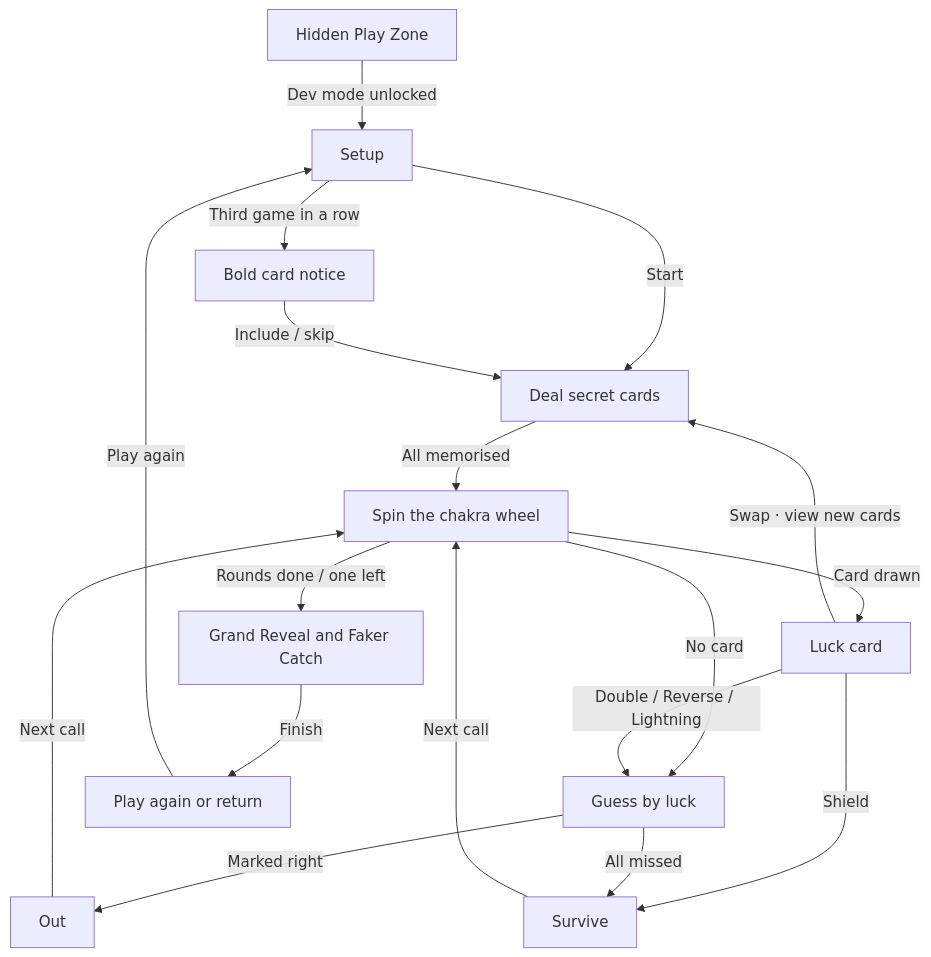
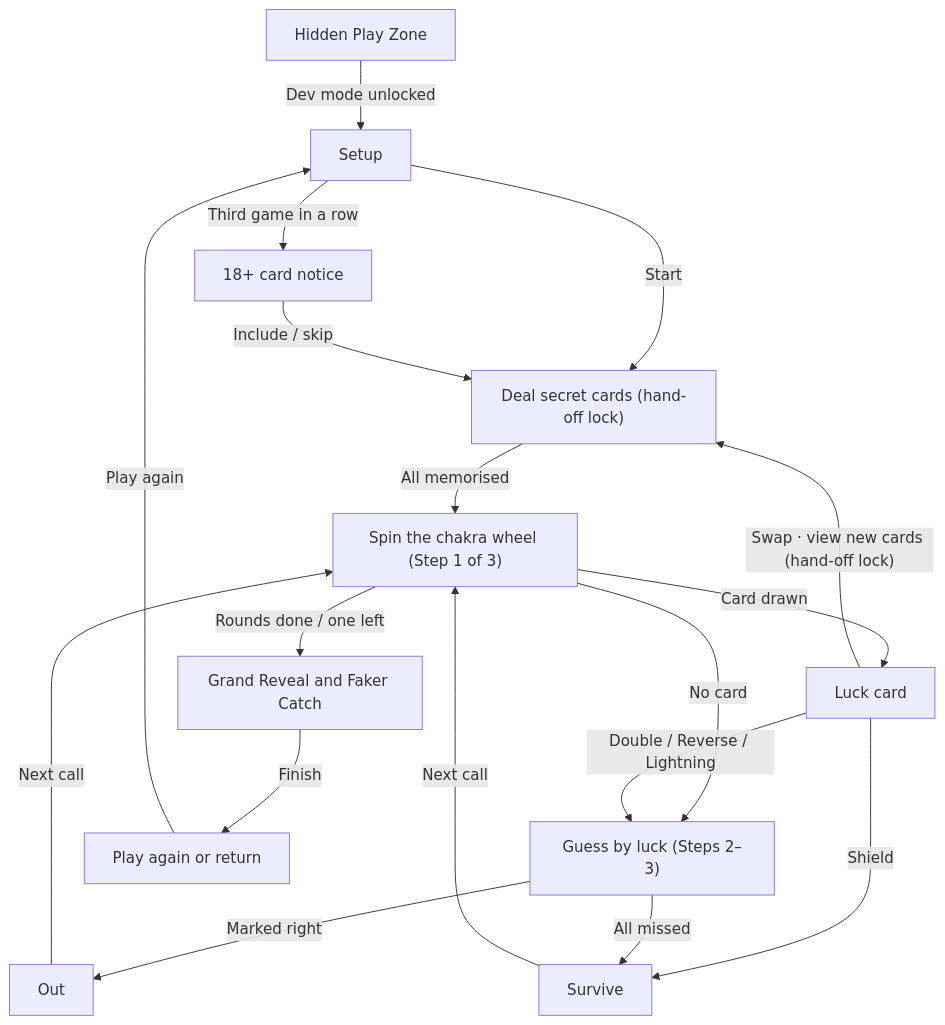
One commit to missionode/lite changed diagram 20 of 49 in docs/app-map/FLOW-REFERENCE.md. Above: the diagram before and after it, drawn with Mermaid. The commit also changed other lines of this file and 35 other files, not shown here.

First line of the commit message:
feat: Hush Hush v2.0 — clear turns, hand-off lock and chakra visuals

````diff
--- a/docs/app-map/FLOW-REFERENCE.md
+++ b/docs/app-map/FLOW-REFERENCE.md
@@ -1057,31 +1057,31 @@
 ```mermaid
 flowchart TD
   locked["Hidden Play Zone"]
   setup["Setup"]
-  bold["Bold card notice"]
-  deal["Deal secret cards"]
-  spin["Spin the chakra wheel"]
+  bold["18+ card notice"]
+  deal["Deal secret cards (hand-off lock)"]
+  spin["Spin the chakra wheel (Step 1 of 3)"]
   luck["Luck card"]
-  guess["Guess by luck"]
+  guess["Guess by luck (Steps 2–3)"]
   out["Out"]
   survive["Survive"]
   reveal["Grand Reveal and Faker Catch"]
   exit["Play again or return"]
   locked -->|"Dev mode unlocked"| setup
   setup -->|"Third game in a row"| bold
   setup -->|"Start"| deal
   bold -->|"Include / skip"| deal
   deal -->|"All memorised"| spin
   spin -->|"Card drawn"| luck
   spin -->|"No card"| guess
-  luck -->|"Swap · view new cards"| deal
+  luck -->|"Swap · view new cards (hand-off lock)"| deal
   luck -->|"Double / Reverse / Lightning"| guess
   luck -->|"Shield"| survive
   guess -->|"Marked right"| out
   guess -->|"All missed"| survive
   out -->|"Next call"| spin
   survive -->|"Next call"| spin
   spin -->|"Rounds done / one left"| reveal
   reveal -->|"Finish"| exit
   exit -->|"Play again"| setup
 ```
````
